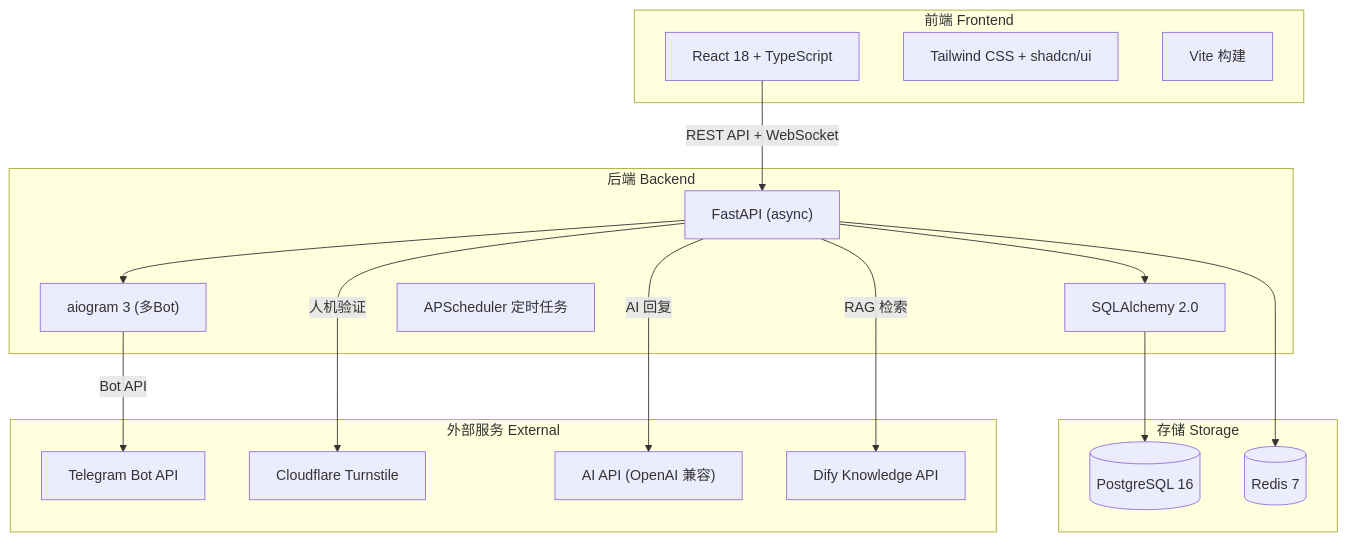
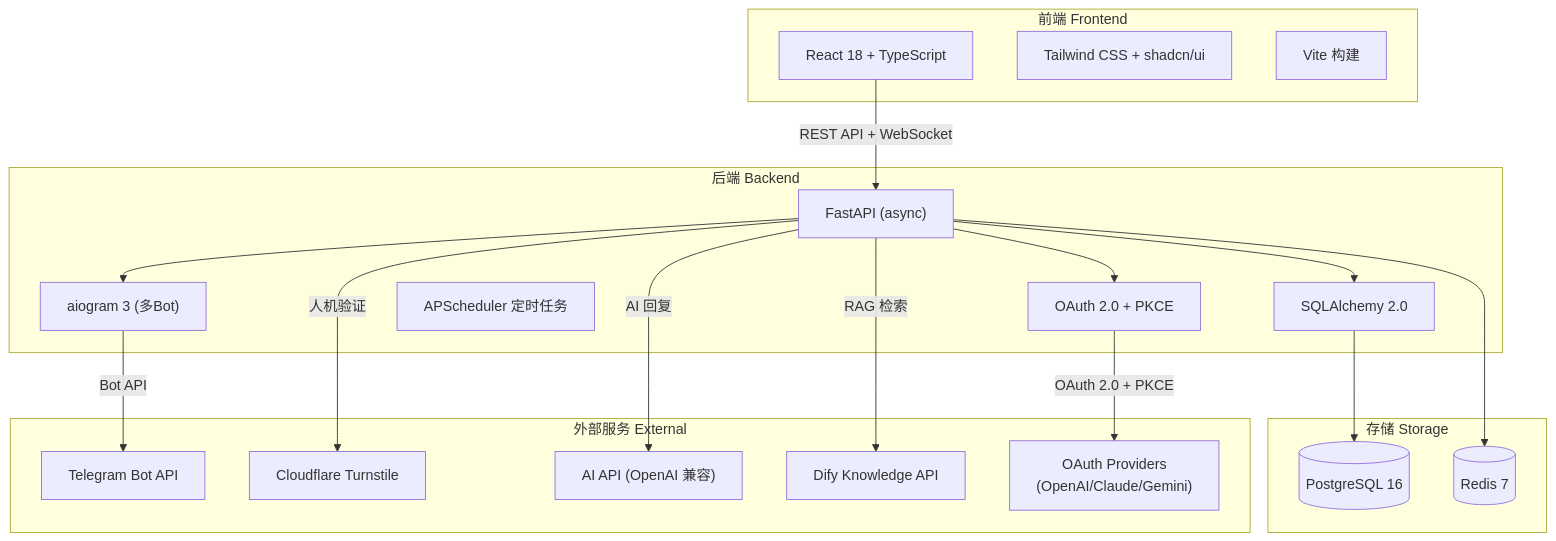
The first of 3 diagrams in README.md (hassanf9359/ADMINCHAT_PANEL), drawn with Mermaid before and after one commit. The commit also changed other lines of this file and 30 other files, not shown here.

````diff
--- a/README.md
+++ b/README.md
@@ -81,37 +82,41 @@
 ```mermaid
 graph TB
     subgraph 前端 Frontend
         React["React 18 + TypeScript"]
         Tailwind["Tailwind CSS + shadcn/ui"]
         Vite["Vite 构建"]
     end
 
     subgraph 后端 Backend
         FastAPI["FastAPI (async)"]
         aiogram["aiogram 3 (多Bot)"]
         SQLAlchemy["SQLAlchemy 2.0"]
         APScheduler["APScheduler 定时任务"]
+        OAuthModule["OAuth 2.0 + PKCE"]
     end
 
     subgraph 存储 Storage
         PostgreSQL[("PostgreSQL 16")]
         Redis[("Redis 7")]
     end
 
     subgraph 外部服务 External
         TelegramAPI["Telegram Bot API"]
         CloudflareAPI["Cloudflare Turnstile"]
         AIAPI["AI API (OpenAI 兼容)"]
         DifyAPI["Dify Knowledge API"]
+        OAuthProviders["OAuth Providers\n(OpenAI/Claude/Gemini)"]
     end
 
     React -->|"REST API + WebSocket"| FastAPI
     FastAPI --> aiogram
     FastAPI --> SQLAlchemy
+    FastAPI --> OAuthModule
     SQLAlchemy --> PostgreSQL
     FastAPI --> Redis
     aiogram -->|"Bot API"| TelegramAPI
     FastAPI -->|"人机验证"| CloudflareAPI
     FastAPI -->|"AI 回复"| AIAPI
     FastAPI -->|"RAG 检索"| DifyAPI
+    OAuthModule -->|"OAuth 2.0 + PKCE"| OAuthProviders
 ```
````
